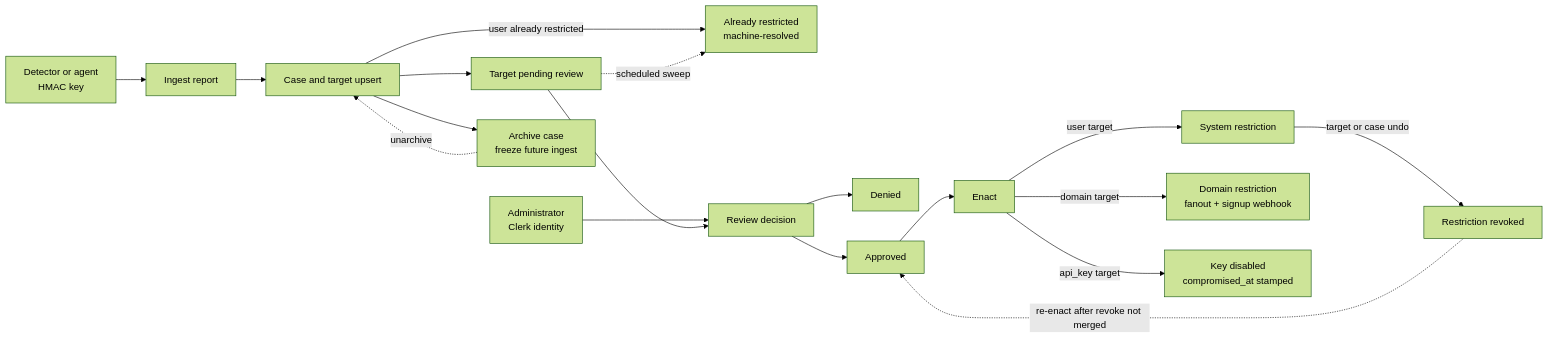
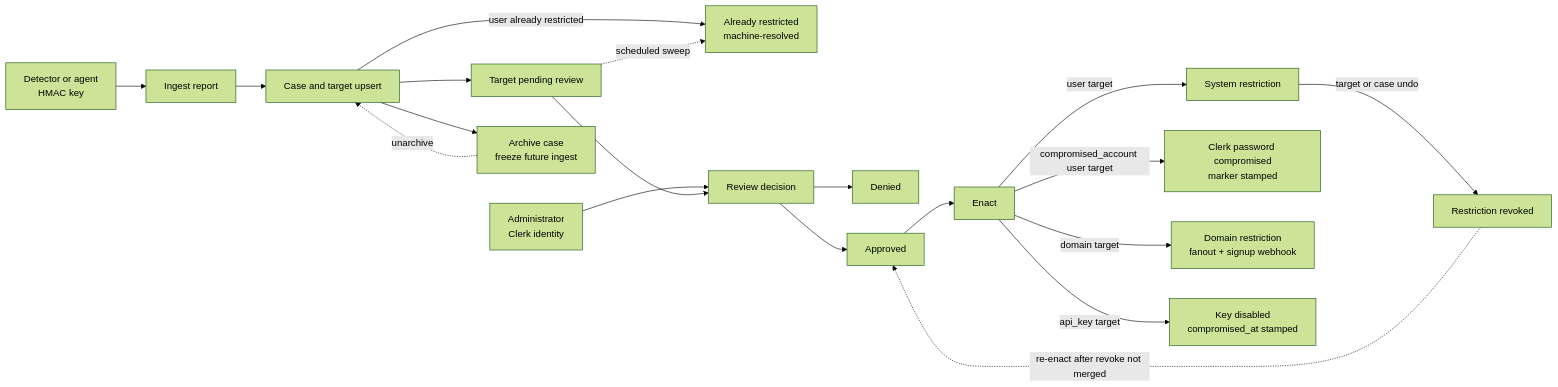
One commit to OpenRouterTeam/docs changed the third of 3 diagrams in packages/kyc/sentinel/SPEC.md. Above: the diagram before and after it, drawn with Mermaid (forest theme). The commit also changed other lines of this file and 4 other files, not shown here.

````diff
--- a/packages/kyc/sentinel/SPEC.md
+++ b/packages/kyc/sentinel/SPEC.md
@@ -347,20 +347,21 @@
 ```mermaid
 flowchart LR
   MACHINE["Detector or agent<br/>HMAC key"] --> INGEST["Ingest report"]
   INGEST --> CASE["Case and target upsert"]
   CASE --> PENDING["Target pending review"]
   CASE -->|"user already restricted"| ALREADY["Already restricted<br/>machine-resolved"]
   PENDING -. "scheduled sweep" .-> ALREADY
   HUMAN["Administrator<br/>Clerk identity"] --> REVIEW["Review decision"]
   PENDING --> REVIEW
   REVIEW --> DENIED["Denied"]
   REVIEW --> APPROVED["Approved"]
   APPROVED --> ENACT["Enact"]
   ENACT -->|"user target"| RESTRICTION["System restriction"]
+  ENACT -->|"compromised_account user target"| CLERK_COMP["Clerk password compromised<br/>marker stamped"]
   ENACT -->|"domain target"| DOMAIN_ENACT["Domain restriction<br/>fanout + signup webhook"]
   ENACT -->|"api_key target"| KEY_DISABLE["Key disabled<br/>compromised_at stamped"]
   CASE --> ARCHIVE["Archive case<br/>freeze future ingest"]
   ARCHIVE -. "unarchive" .-> CASE
   RESTRICTION -->|"target or case undo"| REVOKED["Restriction revoked"]
   REVOKED -. "re-enact after revoke not merged" .-> APPROVED
 ```
````
